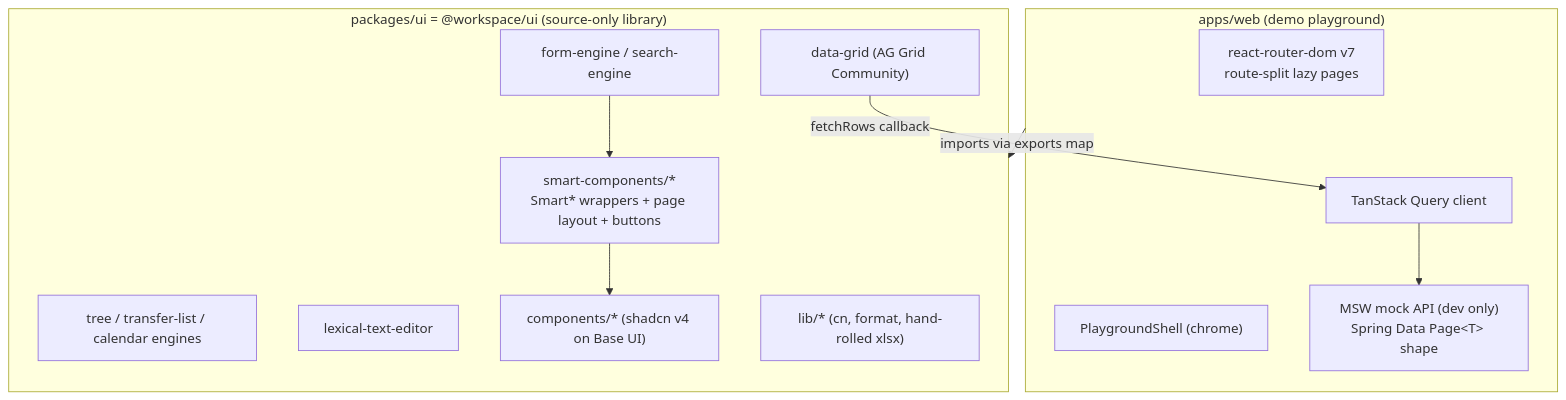
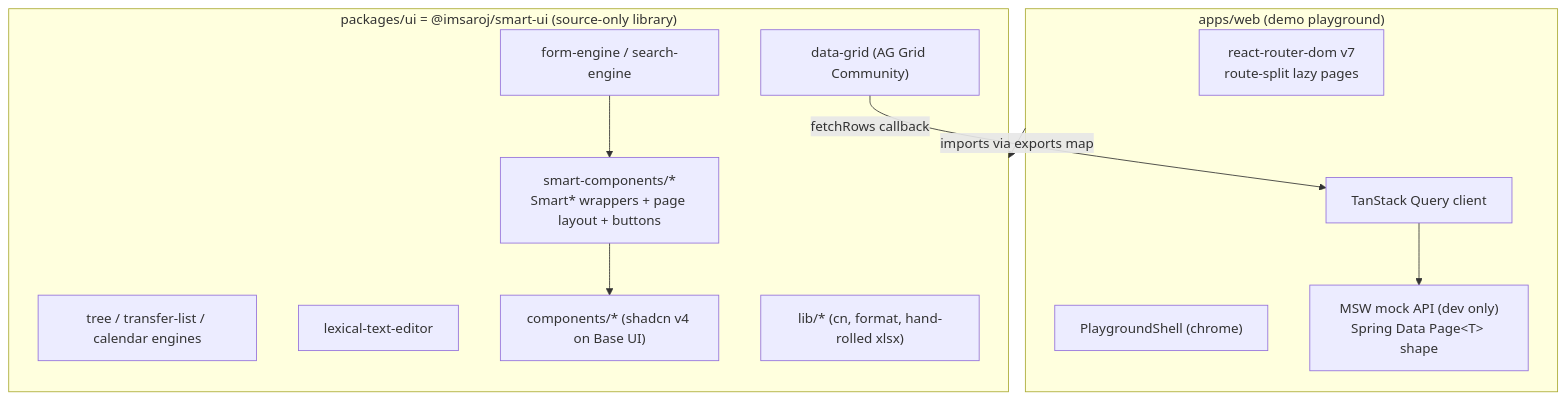
The first of 12 diagrams in ARCHITECTURE.md (imsaroj/automatic-octo-fiesta), drawn with Mermaid before and after one commit. The commit also changed other lines of this file and 251 other files, not shown here.

First line of the commit message:
feat: publish @imsaroj/smart-ui to npm via semantic-release

````diff
--- a/ARCHITECTURE.md
+++ b/ARCHITECTURE.md
@@ -33,25 +33,25 @@
 ```mermaid
 flowchart TD
   subgraph app["apps/web (demo playground)"]
     Router["react-router-dom v7<br/>route-split lazy pages"]
     Shell["PlaygroundShell (chrome)"]
     Query["TanStack Query client"]
     MSW["MSW mock API (dev only)<br/>Spring Data Page&lt;T&gt; shape"]
   end
 
-  subgraph ui["packages/ui = @workspace/ui (source-only library)"]
+  subgraph ui["packages/ui = @imsaroj/smart-ui (source-only library)"]
     Smart["smart-components/*<br/>Smart* wrappers + page layout + buttons"]
     Forms["form-engine / search-engine"]
     Grid["data-grid (AG Grid Community)"]
     Engines["tree / transfer-list / calendar engines"]
     Editor["lexical-text-editor"]
     Prim["components/* (shadcn v4 on Base UI)"]
     Lib["lib/* (cn, format, hand-rolled xlsx)"]
   end
 
   app -->|imports via exports map| ui
   Smart --> Prim
   Forms --> Smart
   Grid -->|fetchRows callback| Query
   Query --> MSW
 ```
````
